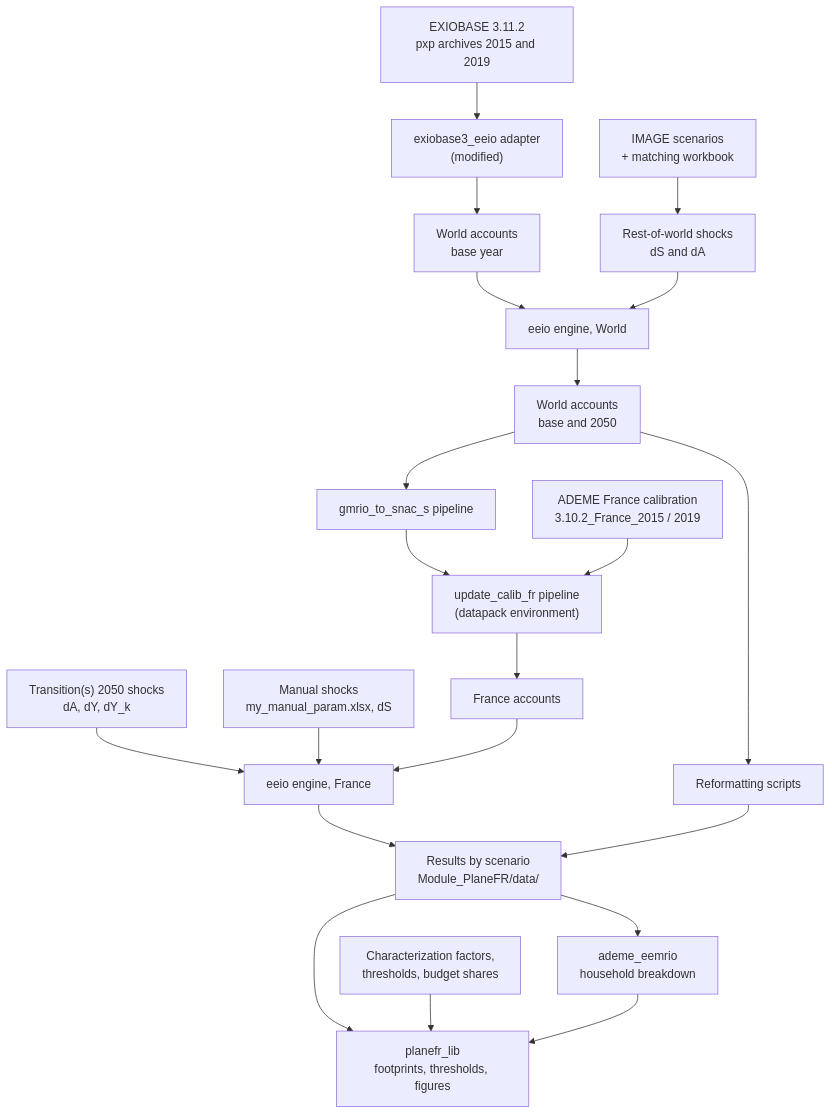
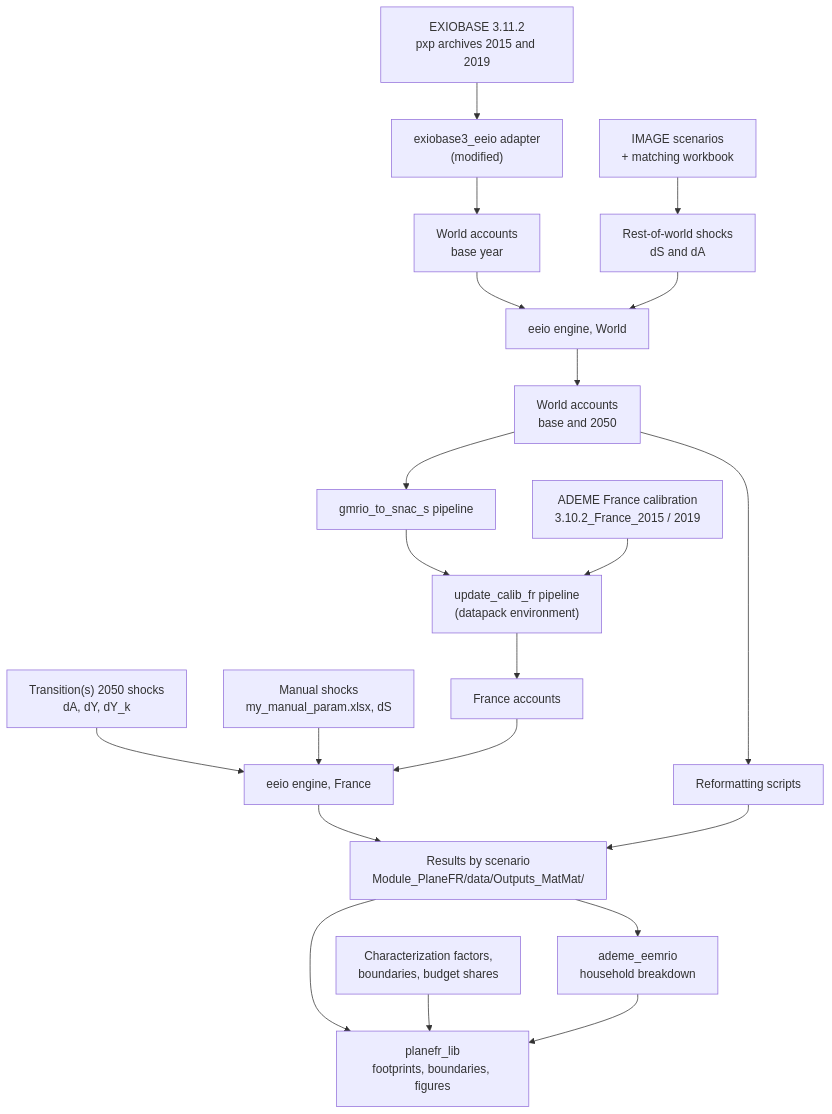
The diagram in docs/technical_documentation_PlaneFR.md (Arnaud-destarac/PlaneFR), drawn with Mermaid before and after one commit. The commit also changed other lines of this file and 64 other files, not shown here.

````diff
--- a/docs/technical_documentation_PlaneFR.md
+++ b/docs/technical_documentation_PlaneFR.md
@@ -100,23 +100,23 @@
 ```mermaid
 flowchart TD
     EXIO["EXIOBASE 3.11.2<br/>pxp archives 2015 and 2019"] --> AD["exiobase3_eeio adapter<br/>(modified)"]
     AD --> WB["World accounts<br/>base year"]
     IMAGE["IMAGE scenarios<br/>+ matching workbook"] --> SSP["Rest-of-world shocks<br/>dS and dA"]
     WB --> ENGW["eeio engine, World"]
     SSP --> ENGW
     ENGW --> WS["World accounts<br/>base and 2050"]
     WS --> SNAC["gmrio_to_snac_s pipeline"]
     SNAC --> CAL["update_calib_fr pipeline<br/>(datapack environment)"]
     CALIB["ADEME France calibration<br/>3.10.2_France_2015 / 2019"] --> CAL
     CAL --> FR["France accounts"]
     T2050["Transition(s) 2050 shocks<br/>dA, dY, dY_k"] --> ENGF["eeio engine, France"]
     MAN["Manual shocks<br/>my_manual_param.xlsx, dS"] --> ENGF
     FR --> ENGF
-    ENGF --> OUT["Results by scenario<br/>Module_PlaneFR/data/"]
+    ENGF --> OUT["Results by scenario<br/>Module_PlaneFR/data/Outputs_MatMat/"]
     WS --> REF["Reformatting scripts"]
     REF --> OUT
-    OUT --> LIB["planefr_lib<br/>footprints, thresholds, figures"]
-    PAR["Characterization factors,<br/>thresholds, budget shares"] --> LIB
+    OUT --> LIB["planefr_lib<br/>footprints, boundaries, figures"]
+    PAR["Characterization factors,<br/>boundaries, budget shares"] --> LIB
     OUT --> BDF["ademe_eemrio<br/>household breakdown"]
     BDF --> LIB
 ```
````
